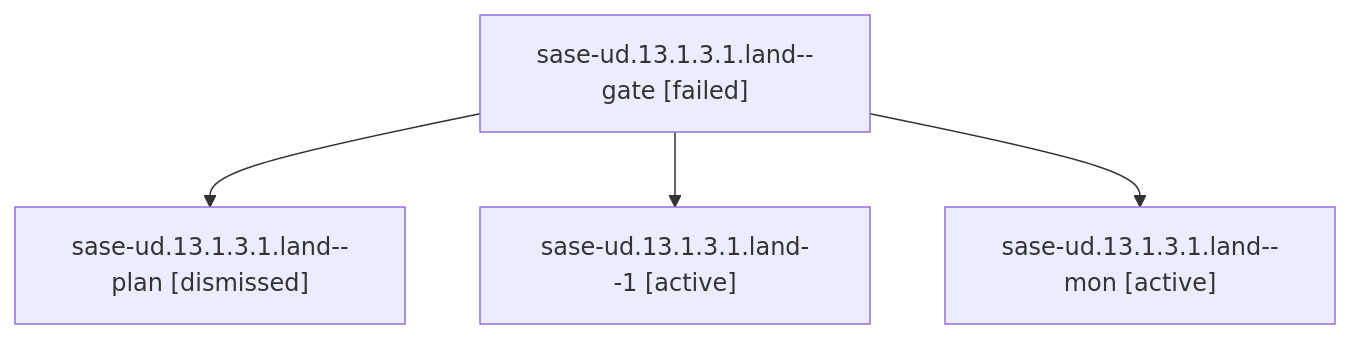
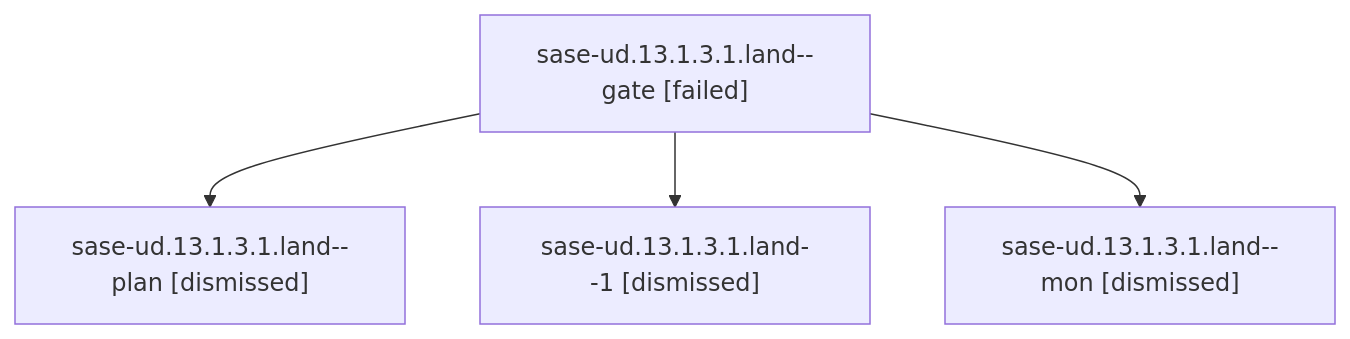
Before and after one commit to sase-org/sase--agents: the diagram in sessions/bbugyi200.athena.sase-ud.13.1.3.1.land.md, drawn with Mermaid. The commit also changed other lines of this file and 380 other files, not shown here.

````diff
--- a/sessions/bbugyi200.athena.sase-ud.13.1.3.1.land.md
+++ b/sessions/bbugyi200.athena.sase-ud.13.1.3.1.land.md
@@ -9,10 +9,10 @@
 ```mermaid
 flowchart TD
   n0["sase-ud.13.1.3.1.land--gate [failed]"]
   n1["sase-ud.13.1.3.1.land--plan [dismissed]"]
   n0 --> n1
-  n2["sase-ud.13.1.3.1.land--1 [active]"]
+  n2["sase-ud.13.1.3.1.land--1 [dismissed]"]
   n0 --> n2
-  n3["sase-ud.13.1.3.1.land--mon [active]"]
+  n3["sase-ud.13.1.3.1.land--mon [dismissed]"]
   n0 --> n3
 ```
````
